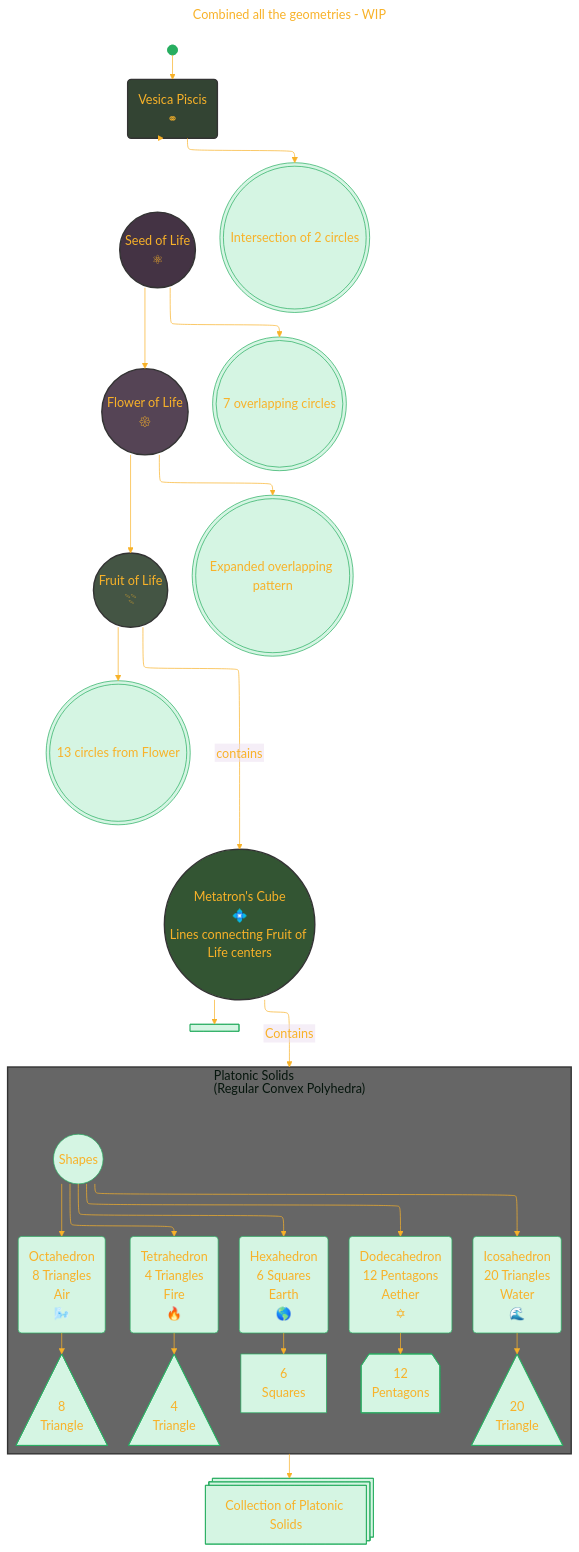
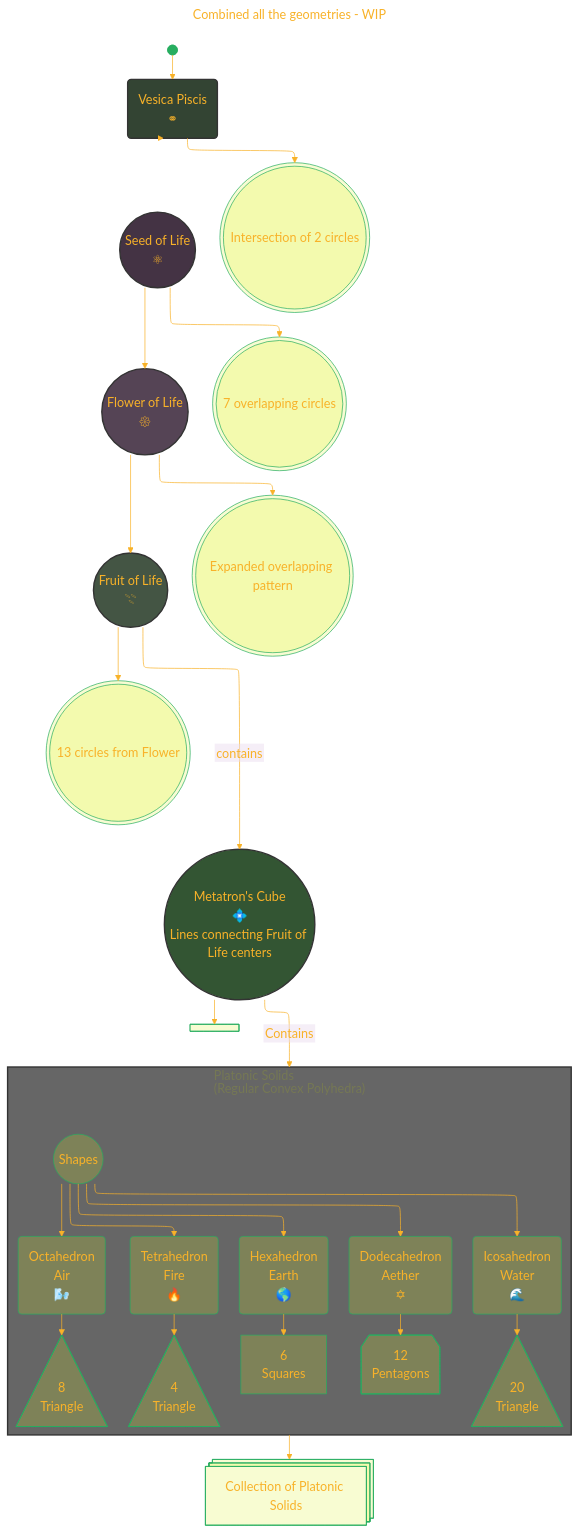
The fifth of 6 diagrams in Understanding_Sacred_Geometry.md (CongLeSolutionX/Harmonic_Atomica), drawn with Mermaid before and after one commit. The commit also changed other lines of this file, not shown here.

```diff
--- a/Understanding_Sacred_Geometry.md
+++ b/Understanding_Sacred_Geometry.md
@@ -355,7 +355,7 @@
     'flowchart': { 'htmlLabels': false, 'curve': 'basis' },
     'fontFamily': 'Luminari',
     'themeVariables': {
-      'primaryColor': '#D5F5E3',
+      'primaryColor': '#DE23',
       'primaryTextColor': '#F8B229',
       'lineColor': '#F8B229',
       'primaryBorderColor': '#27AE60',
@@ -413,24 +413,24 @@
 	%% Platonic_Solids_Expansion --> Platonic_Solids 
 
     subgraph Platonic_Solids["Platonic Solids<br/>(Regular Convex Polyhedra)"]
-        PS(("Shapes")) --> Tetrahedron("Tetrahedron <br/> 4 Triangles <br/>Fire<br/>🔥")
+        PS(("Shapes")) --> Tetrahedron("Tetrahedron <br/>Fire<br/>🔥")
         Tetrahedron --> Tetrahedron_Expansion
         Tetrahedron_Expansion@{ shape: tri, label: "4<br/>Triangle" }
 
 
-        PS --> Hexahedron("Hexahedron <br/> 6 Squares <br/>Earth<br/>🌎")
+        PS --> Hexahedron("Hexahedron<br/>Earth<br/>🌎")
         Hexahedron --> Hexahedron_Expansion
         Hexahedron_Expansion["6<br/>Squares"]
         
-        PS --> Octahedron("Octahedron <br/> 8 Triangles <br/> Air<br/>🌬️")
+        PS --> Octahedron("Octahedron <br/> Air<br/>🌬️")
         Octahedron --> Octahedron_Expansion
         Octahedron_Expansion@{ shape: tri, label: "8<br/>Triangle" }
         
-        PS --> Dodecahedron("Dodecahedron <br/> 12 Pentagons <br/> Aether<br/>✡")
+        PS --> Dodecahedron("Dodecahedron<br/> Aether<br/>✡")
 		Dodecahedron --> Dodecahedron_Expansion
 		Dodecahedron_Expansion@{ shape: notch-pent, label: "12<br/>Pentagons" }
         
-        PS --> Icosahedron("Icosahedron <br/> 20 Triangles <br/> Water<br/>🌊")
+        PS --> Icosahedron("Icosahedron<br/> Water<br/>🌊")
 		Icosahedron --> Icosahedron_Expansion
         Icosahedron_Expansion@{ shape: tri, label: "20<br/>Triangle" }
         
```
